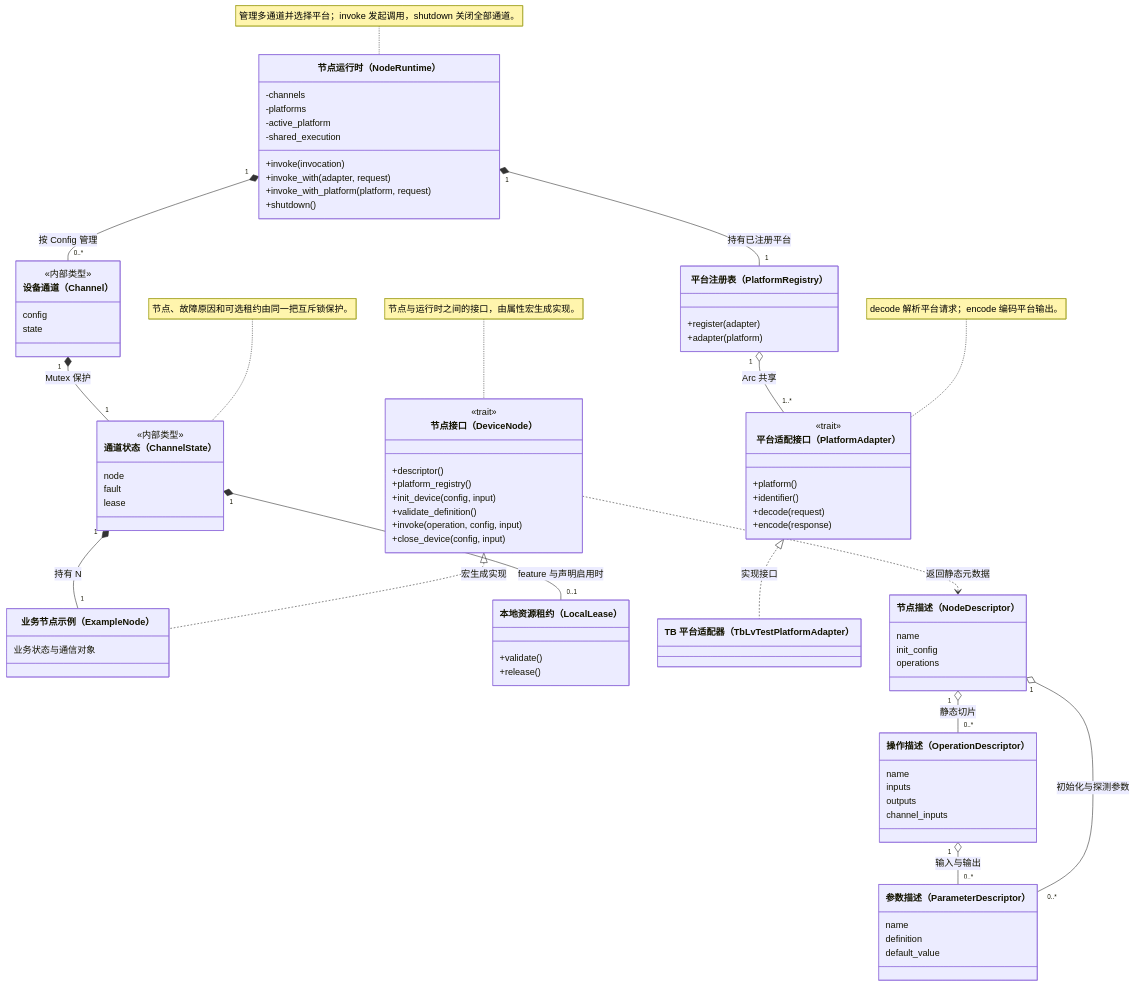
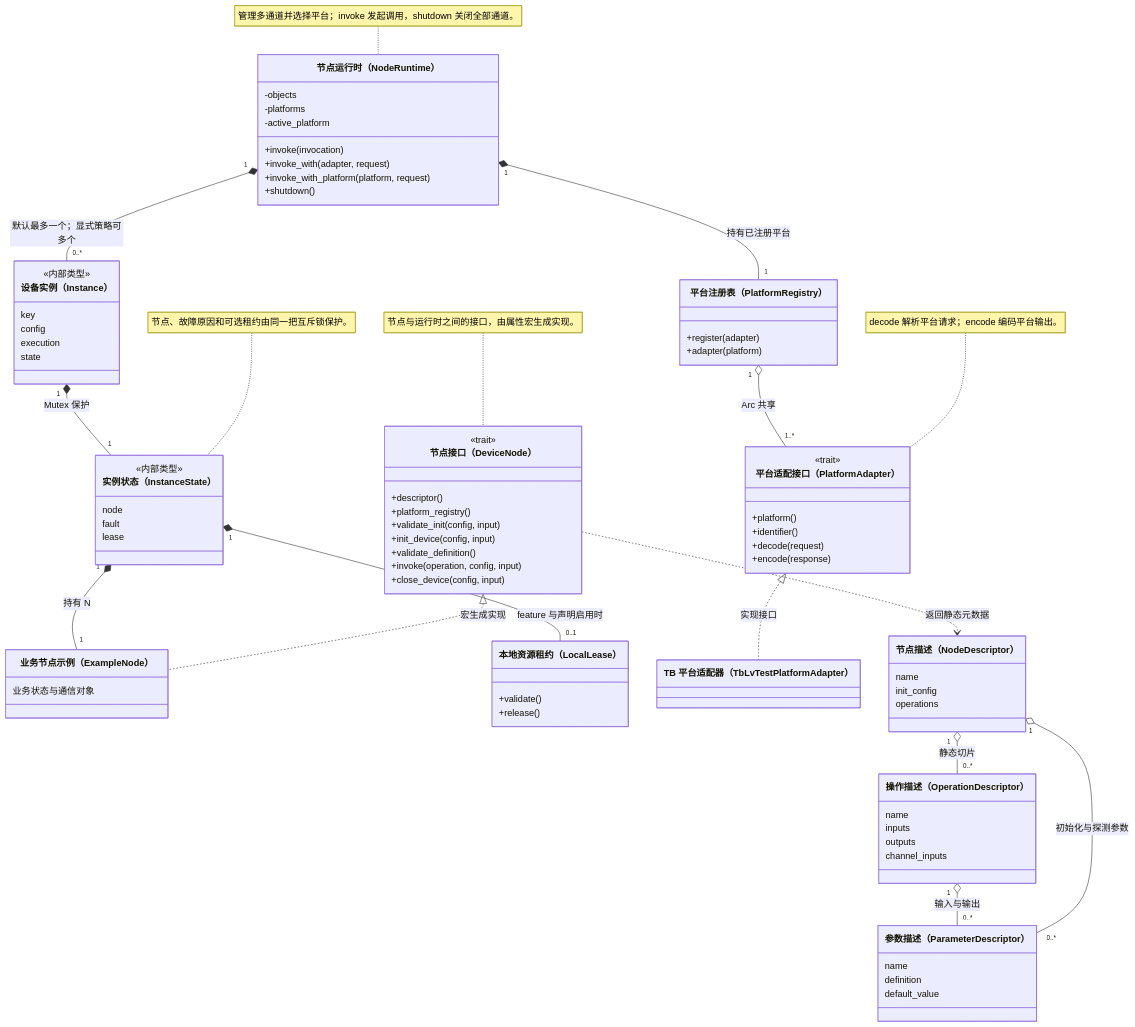
One commit to MyMires/miresidian changed the second of 3 diagrams in docs/architecture.md. Above: the diagram before and after it, drawn with Mermaid. The commit also changed other lines of this file and 88 other files, not shown here.

```diff
--- a/docs/architecture.md
+++ b/docs/architecture.md
@@ -43,6 +47,7 @@
         <<trait>>
         +descriptor()
         +platform_registry()
+        +validate_init(config, input)
         +init_device(config, input)
         +validate_definition()
         +invoke(operation, config, input)
@@ -52,21 +57,22 @@
         业务状态与通信对象
     }
     class NodeRuntime["节点运行时（NodeRuntime）"] {
-        -channels
+        -objects
         -platforms
         -active_platform
-        -shared_execution
         +invoke(invocation)
         +invoke_with(adapter, request)
         +invoke_with_platform(platform, request)
         +shutdown()
     }
-    class Channel["设备通道（Channel）"] {
+    class Instance["设备实例（Instance）"] {
         <<内部类型>>
+        key
         config
+        execution
         state
     }
-    class ChannelState["通道状态（ChannelState）"] {
+    class InstanceState["实例状态（InstanceState）"] {
         <<内部类型>>
         node
         fault
@@ -106,13 +112,13 @@
     }
     note for DeviceNode "节点与运行时之间的接口，由属性宏生成实现。"
     note for NodeRuntime "管理多通道并选择平台；invoke 发起调用，shutdown 关闭全部通道。"
-    note for ChannelState "节点、故障原因和可选租约由同一把互斥锁保护。"
+    note for InstanceState "节点、故障原因和可选租约由同一把互斥锁保护。"
     note for PlatformAdapter "decode 解析平台请求；encode 编码平台输出。"
     DeviceNode <|.. ExampleNode : 宏生成实现
-    NodeRuntime "1" *-- "0..*" Channel : 按 Config 管理
-    Channel "1" *-- "1" ChannelState : Mutex 保护
-    ChannelState "1" *-- "1" ExampleNode : 持有 N
-    ChannelState "1" *-- "0..1" LocalLease : feature 与声明启用时
+    NodeRuntime "1" *-- "0..*" Instance : 默认最多一个；显式策略可多个
+    Instance "1" *-- "1" InstanceState : Mutex 保护
+    InstanceState "1" *-- "1" ExampleNode : 持有 N
+    InstanceState "1" *-- "0..1" LocalLease : feature 与声明启用时
     NodeRuntime "1" *-- "1" PlatformRegistry : 持有已注册平台
     PlatformRegistry "1" o-- "1..*" PlatformAdapter : Arc 共享
     PlatformAdapter <|.. TbLvTestPlatformAdapter : 实现接口
```
